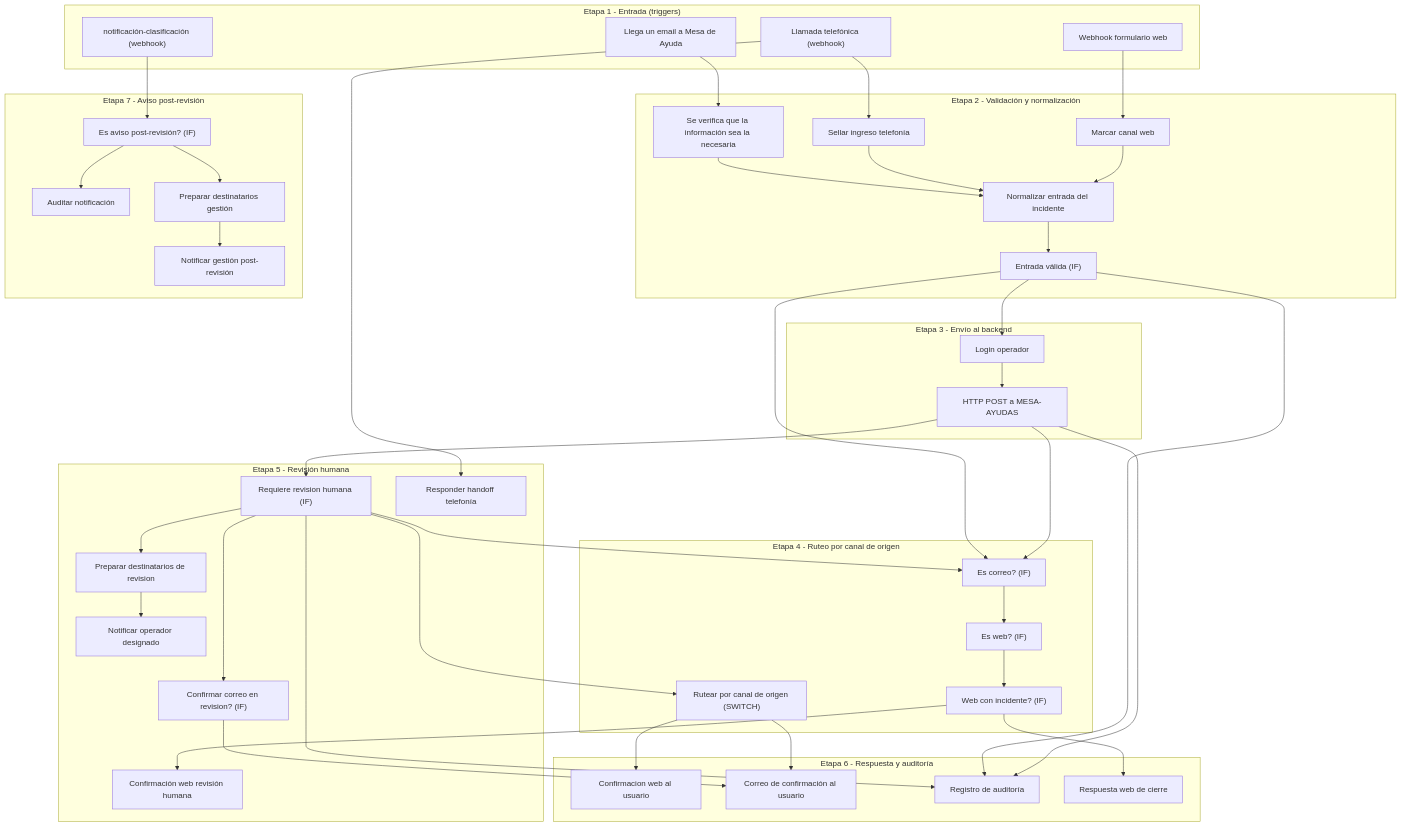
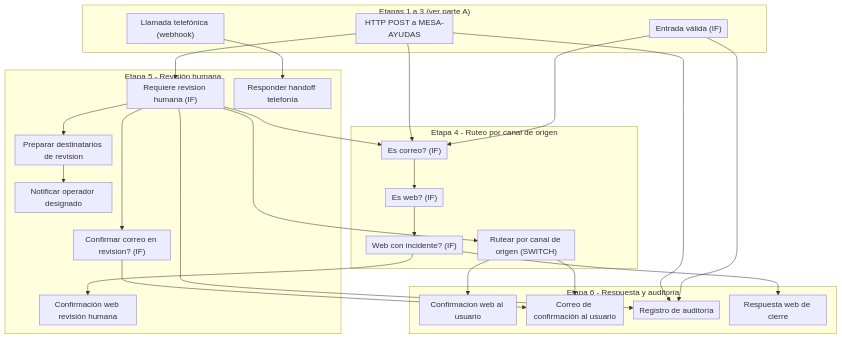
Before and after one commit to lucaGomezB/Automatizacion-de-Mesa-de-Ayuda-N8N: the second of 3 diagrams in docs/diagrams/flujo_n8n.md, drawn with Mermaid. The commit also changed other lines of this file and 47 other files, not shown here.

````diff
--- a/docs/diagrams/flujo_n8n.md
+++ b/docs/diagrams/flujo_n8n.md
@@ -12,22 +74,9 @@
 ```mermaid
+%%{init: {"fontFamily":"Arial, Helvetica, sans-serif","themeVariables":{"fontFamily":"Arial, Helvetica, sans-serif","fontSize":"16px"},"flowchart":{"useMaxWidth":false,"nodeSpacing":20,"rankSpacing":35,"padding":6,"wrappingWidth":170}}}%%
 flowchart TB
-    subgraph ENTRADA["Etapa 1 - Entrada (triggers)"]
-        A1["Llega un email a Mesa de Ayuda"]
+    subgraph PREV["Etapas 1 a 3 (ver parte A)"]
         A2["Llamada telefónica (webhook)"]
-        A3["Webhook formulario web"]
-        A4["notificación-clasificación (webhook)"]
-    end
-
-    subgraph VALIDACION["Etapa 2 - Validación y normalización"]
-        B1["Se verifica que la información sea la necesaria"]
-        B2["Sellar ingreso telefonía"]
-        B3["Marcar canal web"]
-        B4["Normalizar entrada del incidente"]
         B5["Entrada válida (IF)"]
-    end
-
-    subgraph ENVIO["Etapa 3 - Envío al backend"]
-        C1["Login operador"]
         C2["HTTP POST a MESA-AYUDAS"]
     end
 
@@ -54,26 +103,10 @@
         F4["Respuesta web de cierre"]
     end
 
-    subgraph POST["Etapa 7 - Aviso post-revisión"]
-        G1["Auditar notificación"]
-        G2["Es aviso post-revisión? (IF)"]
-        G3["Preparar destinatarios gestión"]
-        G4["Notificar gestión post-revisión"]
-    end
 
-    A1 --> B1
-    B1 --> B4
-    B4 --> B5
-    A2 --> B2
     A2 --> E6
-    B2 --> B4
-    A3 --> B3
-    B3 --> B4
-    A4 --> G2
-    B5 --> C1
     B5 --> F3
     B5 --> D1
-    C1 --> C2
     C2 --> E1
     C2 --> D1
     C2 --> F3
@@ -87,9 +120,6 @@
     D3 --> F2
     D1 --> D2
     D2 --> D4
-    G2 --> G3
-    G2 --> G1
-    G3 --> G4
     E4 --> F2
     D4 --> E5
     D4 --> F4
````
